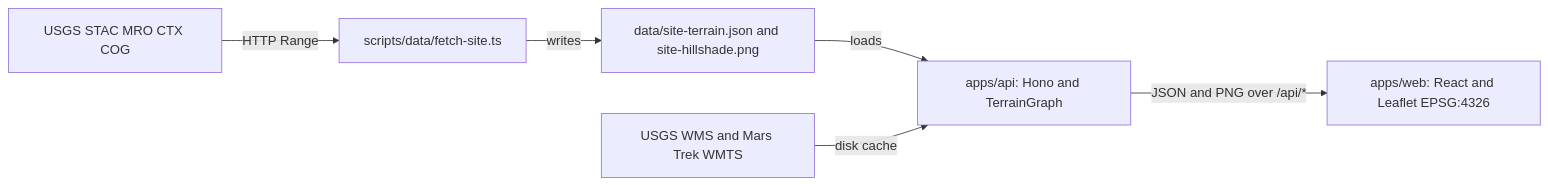
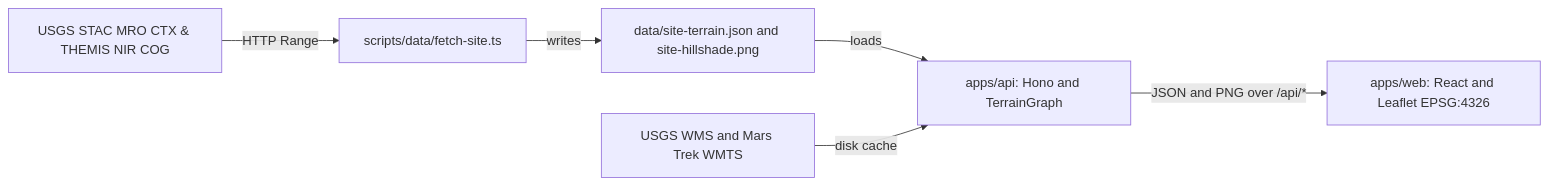
The diagram in docs/algorithms-and-architecture.md (nimbs-hack/main), drawn with Mermaid before and after one commit. The commit also changed other lines of this file and 27 other files, not shown here.

````diff
--- a/docs/algorithms-and-architecture.md
+++ b/docs/algorithms-and-architecture.md
@@ -22,8 +22,8 @@
 ```mermaid
 flowchart LR
-  COG["USGS STAC MRO CTX COG"] -->|HTTP Range| Fetch["scripts/data/fetch-site.ts"]
+  COG["USGS STAC MRO CTX & THEMIS NIR COG"] -->|HTTP Range| Fetch["scripts/data/fetch-site.ts"]
   Fetch -->|writes| Data["data/site-terrain.json and site-hillshade.png"]
   Data -->|loads| API["apps/api: Hono and TerrainGraph"]
   WMS["USGS WMS and Mars Trek WMTS"] -->|disk cache| API
   API -->|"JSON and PNG over /api/*"| Web["apps/web: React and Leaflet EPSG:4326"]
 ```
````
